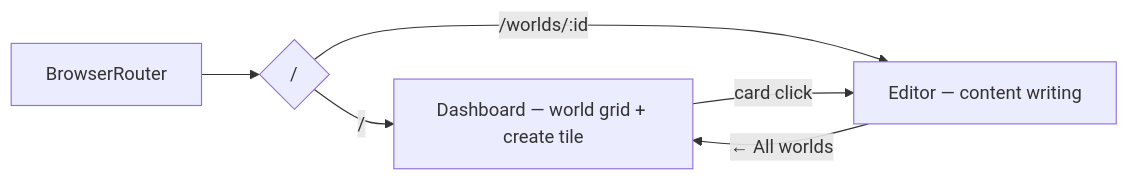
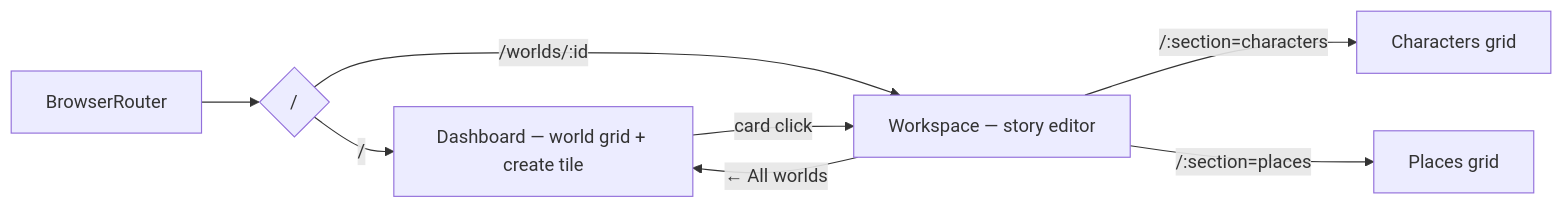
The first of 3 diagrams in docs/frontend.md (lirriya/Tvorsvit), drawn with Mermaid before and after one commit. The commit also changed other lines of this file and 18 other files, not shown here.

````diff
--- a/docs/frontend.md
+++ b/docs/frontend.md
@@ -24,8 +39,10 @@
 ```mermaid
 flowchart LR
     BrowserRouter --> Root{/}
     Root -->|"/"| Dashboard["Dashboard — world grid + create tile"]
-    Root -->|"/worlds/:id"| Editor["Editor — content writing"]
-    Dashboard -->|card click| Editor
-    Editor -->|"← All worlds"| Dashboard
+    Root -->|"/worlds/:id"| Workspace["Workspace — story editor"]
+    Workspace -->|"/:section=characters"| Characters["Characters grid"]
+    Workspace -->|"/:section=places"| Places["Places grid"]
+    Dashboard -->|card click| Workspace
+    Workspace -->|"← All worlds"| Dashboard
 ```
````
